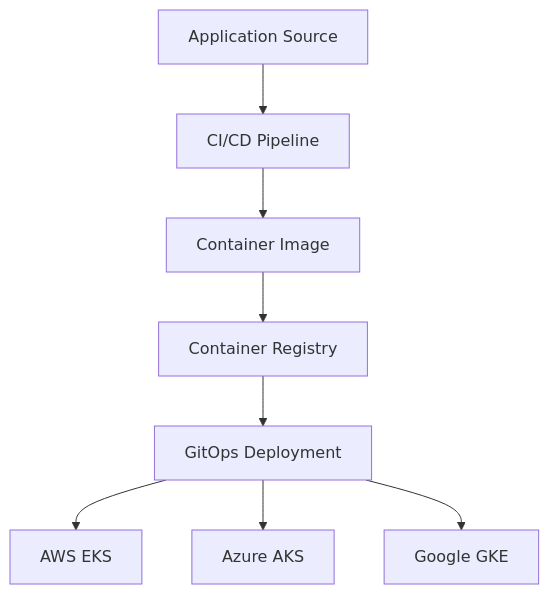
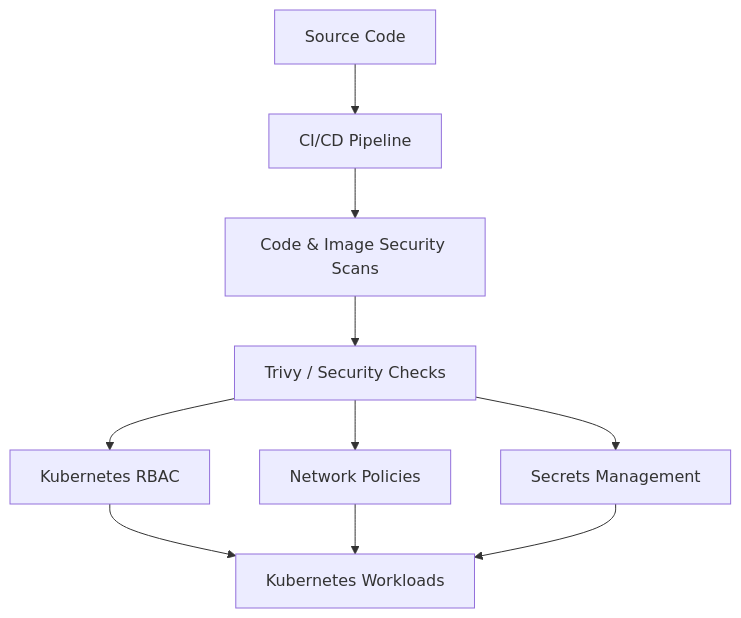
The sixth of 8 diagrams in README.md (manesaurabh1704-devops/manesaurabh1704-devops), drawn with Mermaid before and after one commit. The commit also changed other lines of this file, not shown here.

````diff
--- a/README.md
+++ b/README.md
@@ -386,10 +412,12 @@
 ```mermaid
 flowchart TD
-    A["Application Source"] --> B["CI/CD Pipeline"]
-    B --> C["Container Image"]
-    C --> D["Container Registry"]
-    D --> E["GitOps Deployment"]
-    E --> F["AWS EKS"]
-    E --> G["Azure AKS"]
-    E --> H["Google GKE"]
+    A["Source Code"] --> B["CI/CD Pipeline"]
+    B --> C["Code & Image Security Scans"]
+    C --> D["Trivy / Security Checks"]
+    D --> E["Kubernetes RBAC"]
+    D --> F["Network Policies"]
+    D --> G["Secrets Management"]
+    E --> H["Kubernetes Workloads"]
+    F --> H
+    G --> H
 ```
````
